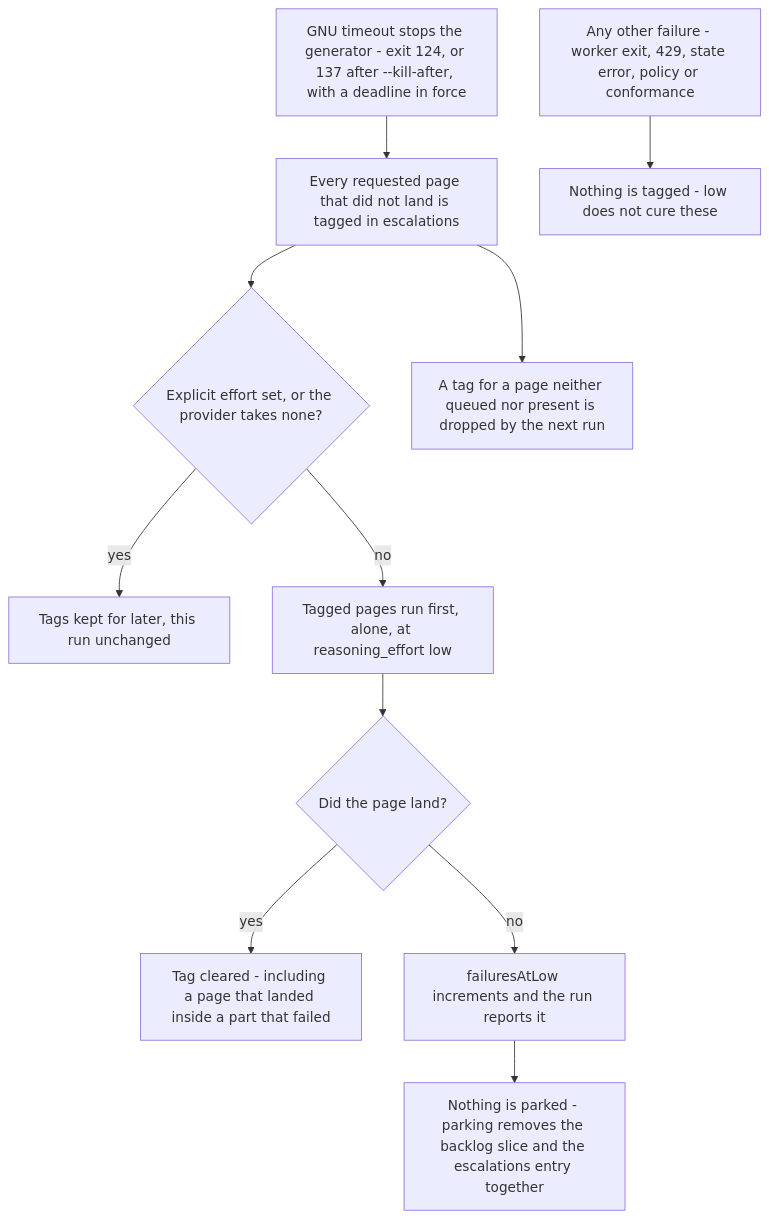
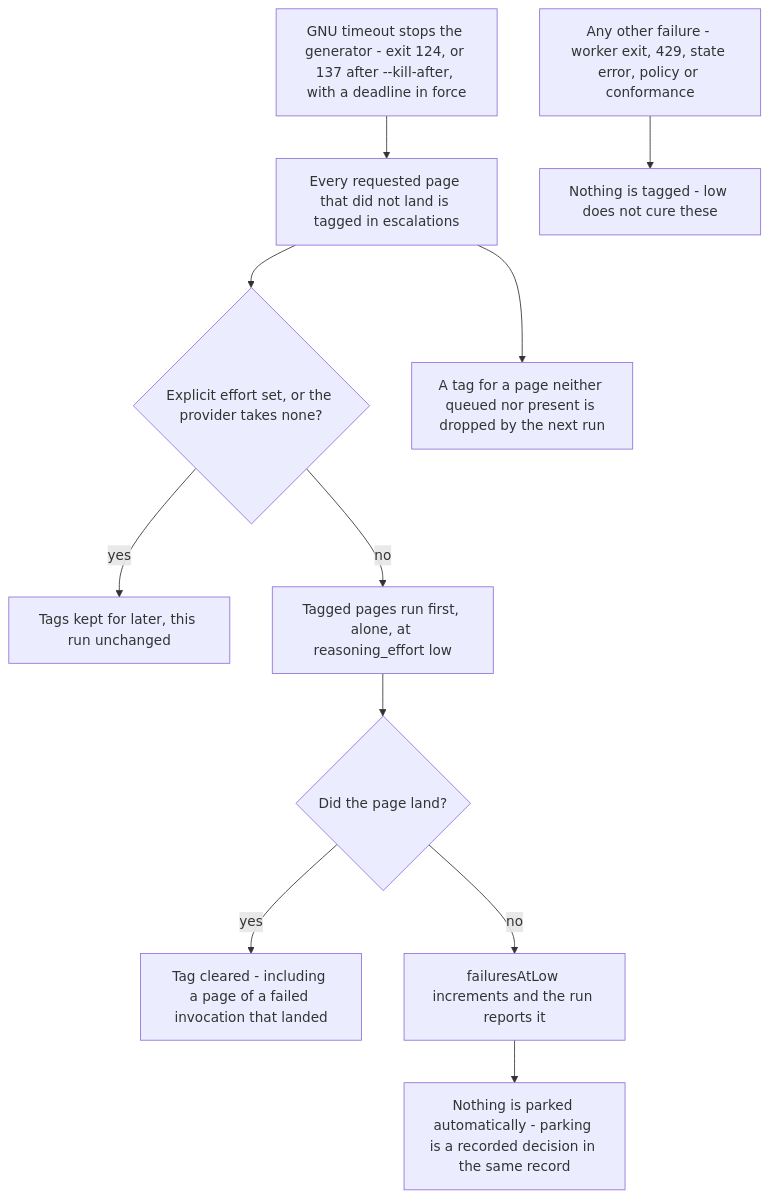
Before and after one commit to jumbleknot/MovieCollectionManager: the third of 3 diagrams in openwiki/runbooks/wiki-maintenance.md, drawn with Mermaid. The commit also changed other lines of this file and 8 other files, not shown here.

````diff
--- a/openwiki/runbooks/wiki-maintenance.md
+++ b/openwiki/runbooks/wiki-maintenance.md
@@ -341,13 +427,13 @@
 ```mermaid
 flowchart TD
     A["GNU timeout stops the generator - exit 124, or 137 after --kill-after, with a deadline in force"] --> B["Every requested page that did not land is tagged in escalations"]
     B --> E{"Explicit effort set, or the provider takes none?"}
     E -->|yes| F["Tags kept for later, this run unchanged"]
     E -->|no| G["Tagged pages run first, alone, at reasoning_effort low"]
     G --> H{"Did the page land?"}
-    H -->|yes| I["Tag cleared - including a page that landed inside a part that failed"]
+    H -->|yes| I["Tag cleared - including a page of a failed invocation that landed"]
     H -->|no| J["failuresAtLow increments and the run reports it"]
-    J --> K["Nothing is parked - parking removes the backlog slice and the escalations entry together"]
+    J --> K["Nothing is parked automatically - parking is a recorded decision in the same record"]
     C["Any other failure - worker exit, 429, state error, policy or conformance"] --> D["Nothing is tagged - low does not cure these"]
     B --> L["A tag for a page neither queued nor present is dropped by the next run"]
 ```
````
